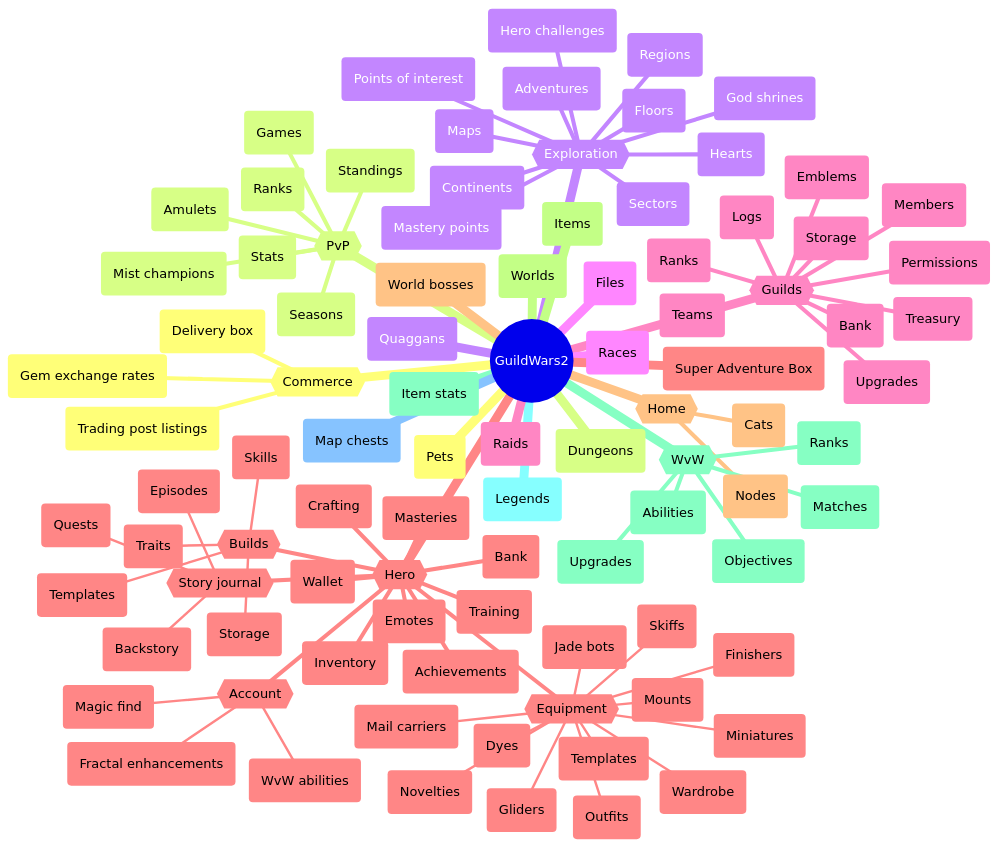
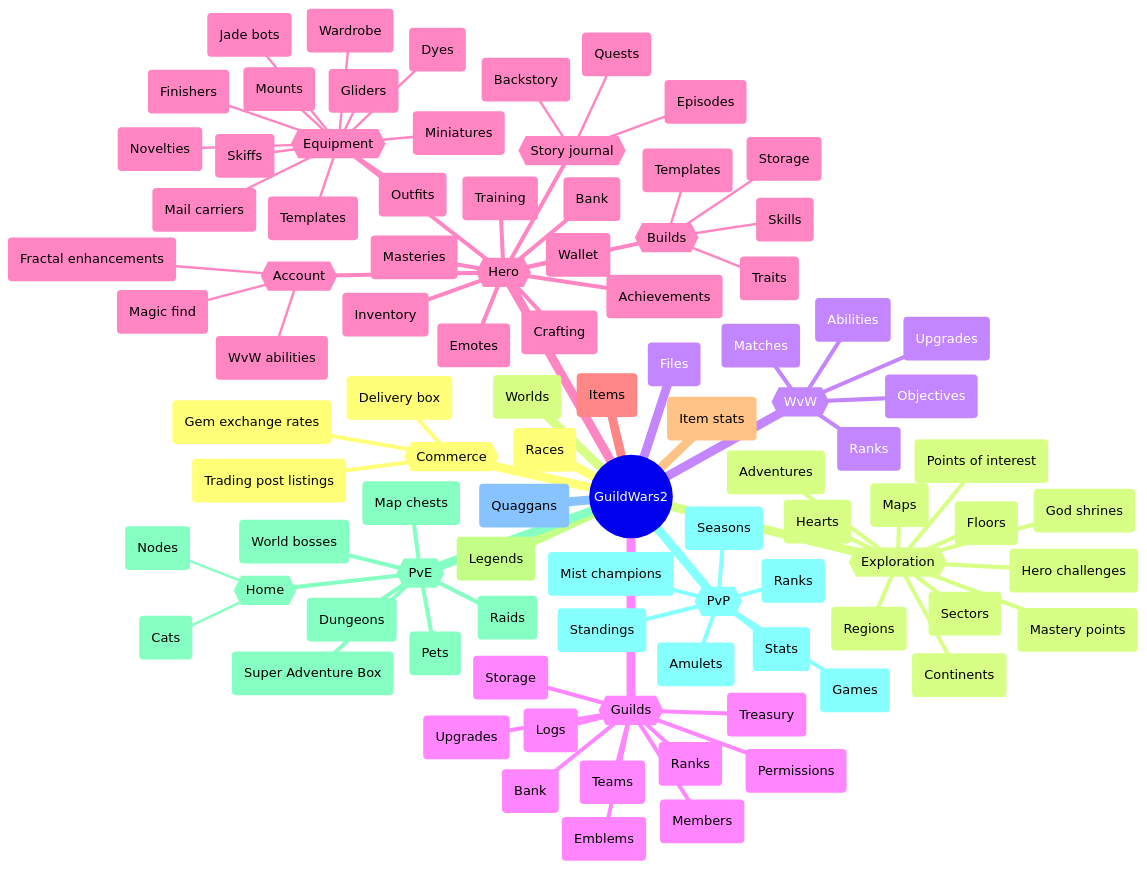
One commit to sliekens/gw2sdk changed the diagram in wiki/features.md. Above: the diagram before and after it, drawn with Mermaid. The commit also changed 225 other files, not shown here.

```diff
--- a/wiki/features.md
+++ b/wiki/features.md
@@ -13,7 +13,6 @@
       (Gem exchange rates)
       (Trading post listings)
       (Delivery box)
-    (Dungeons)
     {{Exploration}}
       (Adventures)
       (Continents)
@@ -73,14 +72,19 @@
         (Quests)
       (Training)
       (Wallet)
-    {{Home}}
-      (Cats)
-      (Nodes)
     (Items)
     (Item stats)
     (Legends)
-    (Map chests)
-    (Pets)
+    {{PvE}}
+      (Dungeons)
+      {{Home}}
+        (Cats)
+        (Nodes)
+      (Map chests)
+      (Pets)
+      (Raids)
+      (Super Adventure Box)
+      (World bosses)
     {{PvP}}
       (Amulets)
       (Games)
@@ -91,9 +95,6 @@
       (Stats)
     (Quaggans)
     (Races)
-    (Raids)
-    (Super Adventure Box)
-    (World bosses)
     (Worlds)
     {{WvW}}
       (Abilities)
```
